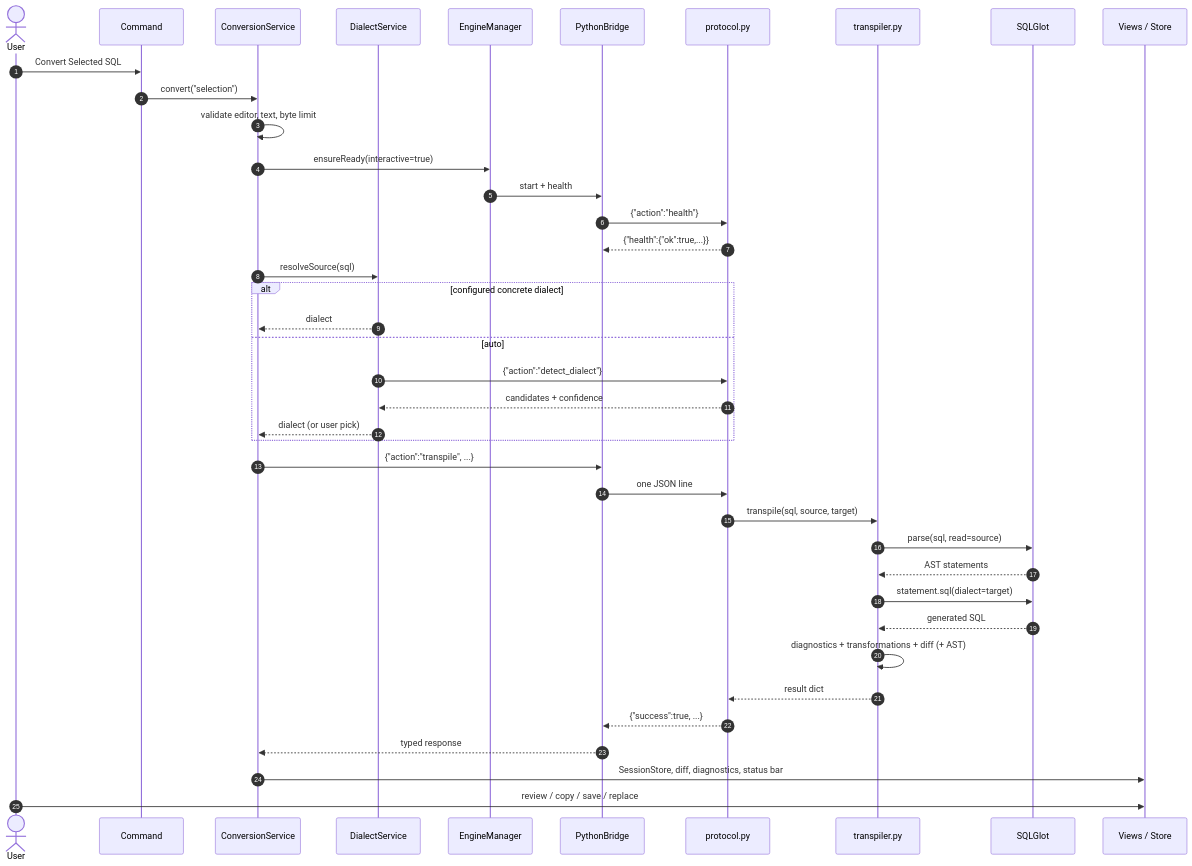
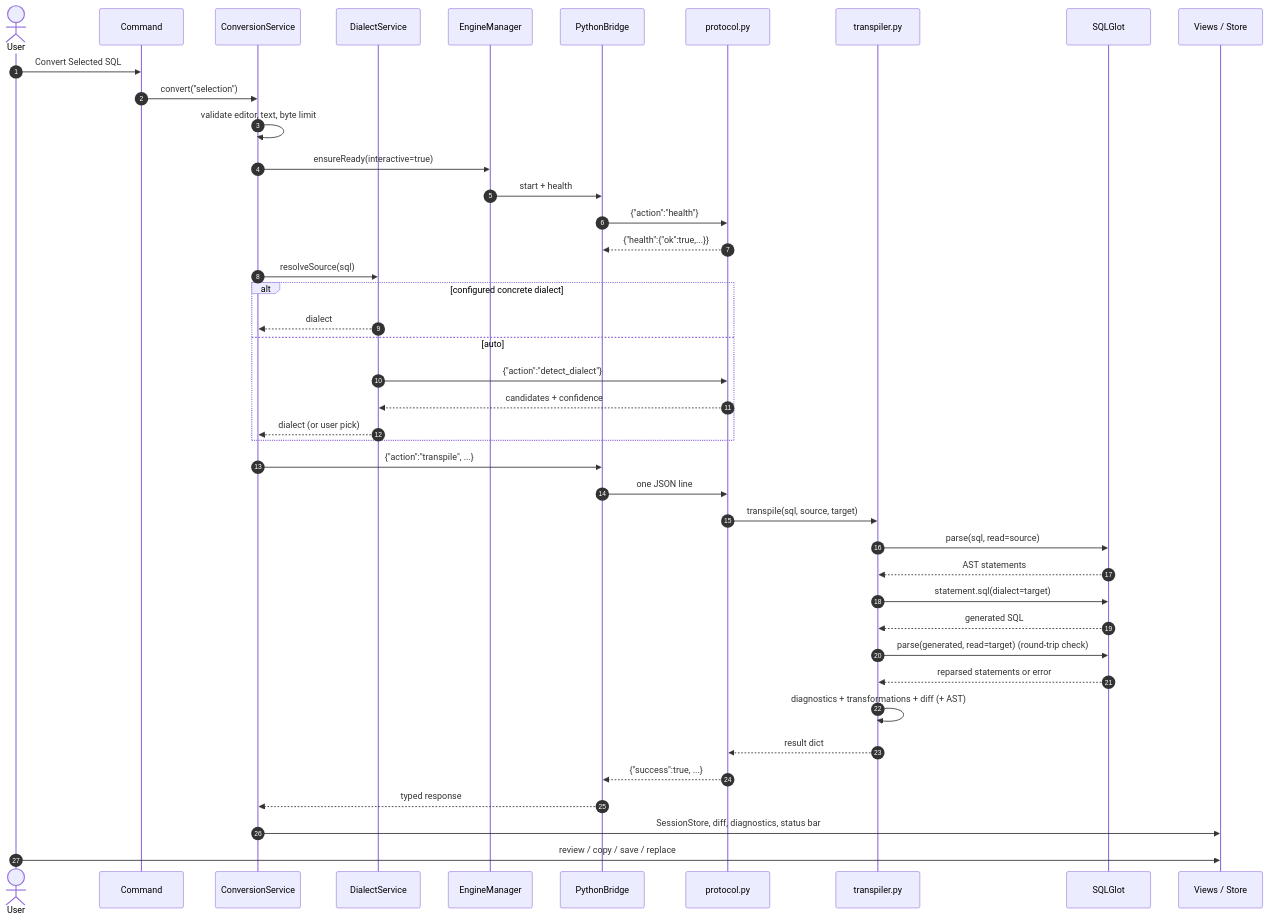
Before and after one commit to samwilson129/SQL-glyph: the second of 2 diagrams in docs/HIGH_LEVEL_WORKFLOW.md, drawn with Mermaid. The commit also changed other lines of this file and 38 other files, not shown here.

````diff
--- a/docs/HIGH_LEVEL_WORKFLOW.md
+++ b/docs/HIGH_LEVEL_WORKFLOW.md
@@ -90,43 +91,45 @@
 ```mermaid
 sequenceDiagram
     autonumber
     actor U as User
     participant CMD as Command
     participant CS as ConversionService
     participant DS as DialectService
     participant EM as EngineManager
     participant PB as PythonBridge
     participant PY as protocol.py
     participant TR as transpiler.py
     participant SG as SQLGlot
     participant UI as Views / Store
 
     U->>CMD: Convert Selected SQL
     CMD->>CS: convert("selection")
     CS->>CS: validate editor, text, byte limit
     CS->>EM: ensureReady(interactive=true)
     EM->>PB: start + health
     PB->>PY: {"action":"health"}
     PY-->>PB: {"health":{"ok":true,...}}
     CS->>DS: resolveSource(sql)
     alt configured concrete dialect
         DS-->>CS: dialect
     else auto
         DS->>PY: {"action":"detect_dialect"}
         PY-->>DS: candidates + confidence
         DS-->>CS: dialect (or user pick)
     end
     CS->>PB: {"action":"transpile", ...}
     PB->>PY: one JSON line
     PY->>TR: transpile(sql, source, target)
     TR->>SG: parse(sql, read=source)
     SG-->>TR: AST statements
     TR->>SG: statement.sql(dialect=target)
     SG-->>TR: generated SQL
+    TR->>SG: parse(generated, read=target)  (round-trip check)
+    SG-->>TR: reparsed statements or error
     TR->>TR: diagnostics + transformations + diff (+ AST)
     TR-->>PY: result dict
     PY-->>PB: {"success":true, ...}
     PB-->>CS: typed response
     CS->>UI: SessionStore, diff, diagnostics, status bar
     U->>UI: review / copy / save / replace
 ```
````
